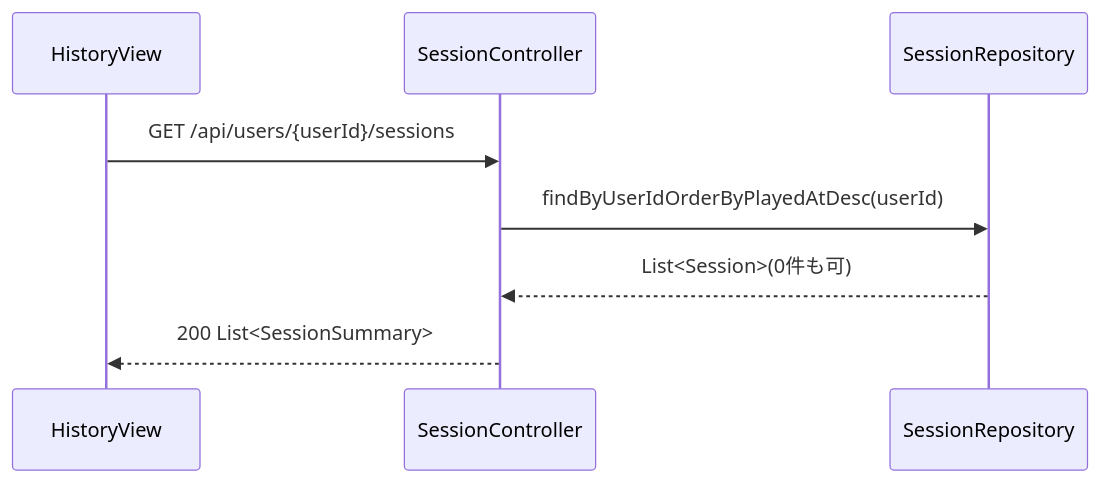
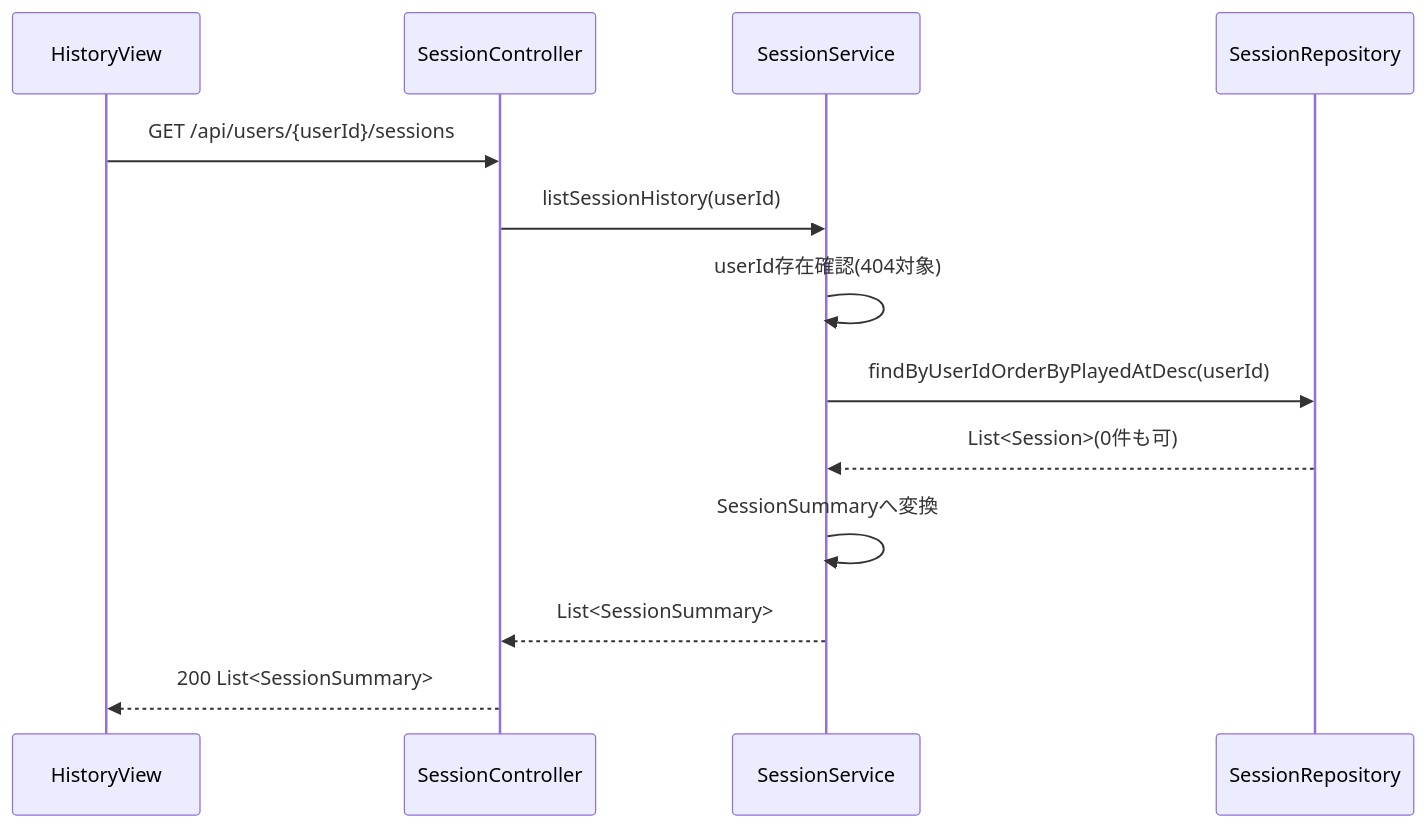
The second of 7 diagrams in docs/30_detail-design/sequence.md (jelly1128/typing-app), drawn with Mermaid before and after one commit. The commit also changed other lines of this file and 19 other files, not shown here.

````diff
--- a/docs/30_detail-design/sequence.md
+++ b/docs/30_detail-design/sequence.md
@@ -49,11 +57,16 @@
 ```mermaid
 sequenceDiagram
     participant View as HistoryView
     participant Ctrl as SessionController
+    participant Svc as SessionService
     participant Repo as SessionRepository
 
     View->>Ctrl: GET /api/users/{userId}/sessions
-    Ctrl->>Repo: findByUserIdOrderByPlayedAtDesc(userId)
-    Repo-->>Ctrl: List<Session>(0件も可)
+    Ctrl->>Svc: listSessionHistory(userId)
+    Svc->>Svc: userId存在確認(404対象)
+    Svc->>Repo: findByUserIdOrderByPlayedAtDesc(userId)
+    Repo-->>Svc: List<Session>(0件も可)
+    Svc->>Svc: SessionSummaryへ変換
+    Svc-->>Ctrl: List<SessionSummary>
     Ctrl-->>View: 200 List<SessionSummary>
 ```
````
